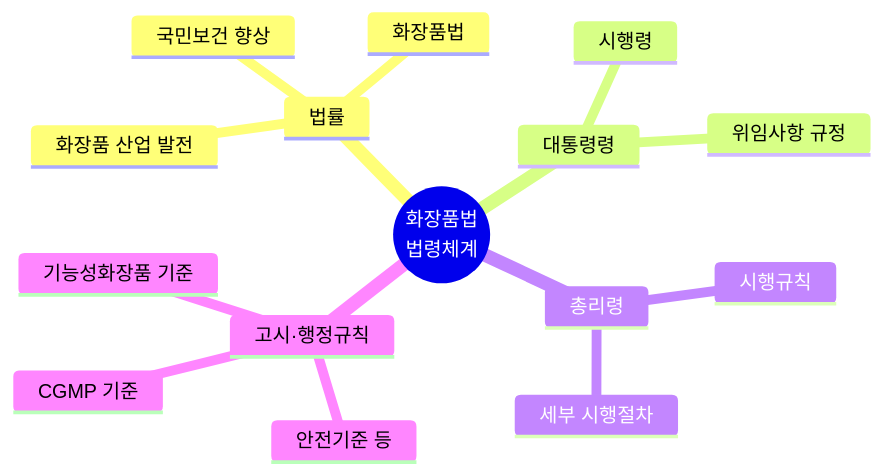
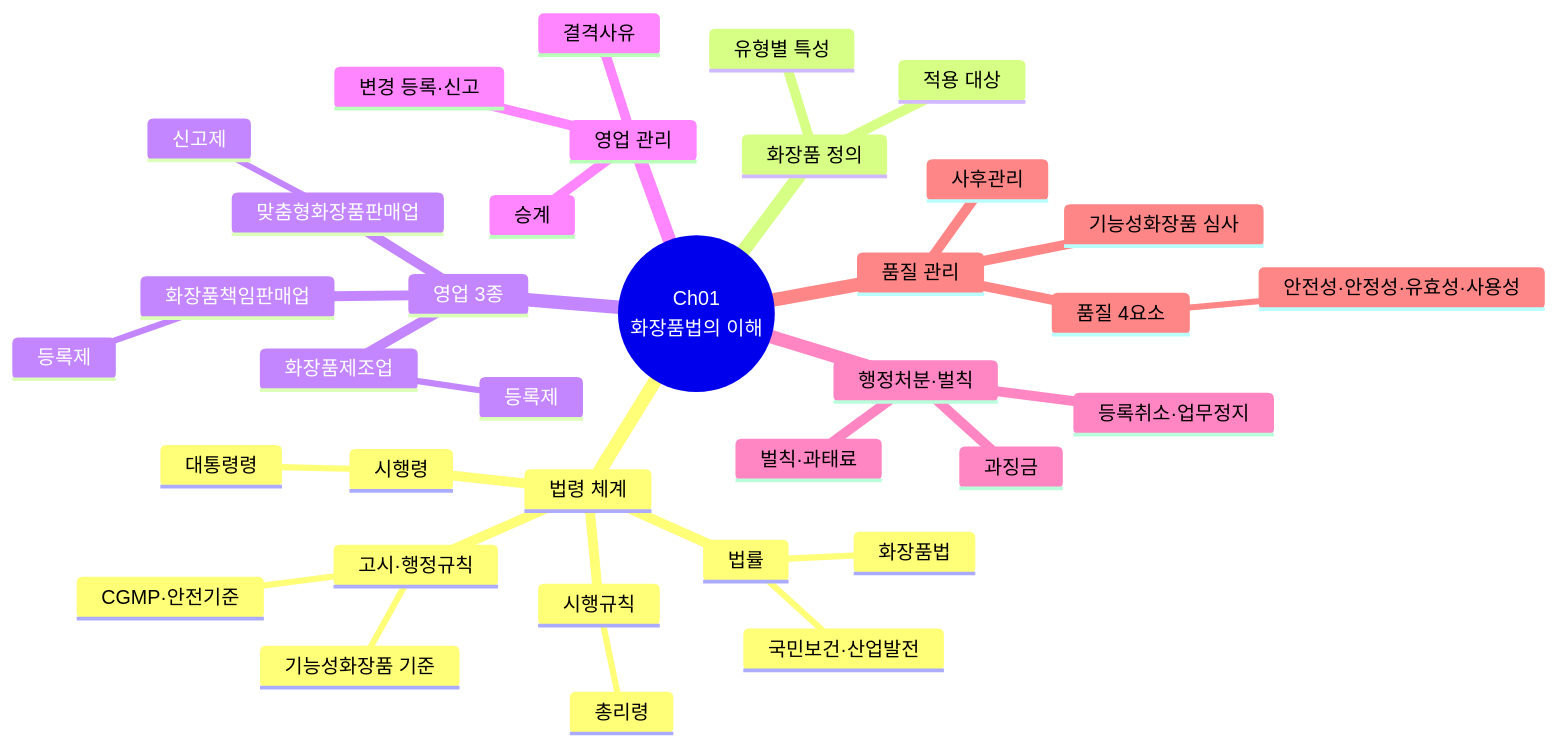
Before and after one commit to skygoldlee-cyber/Personalized_Skincare: the seventh of 21 diagrams in content/교재/law/1과목_화장품법의이해_표준형.md, drawn with Mermaid. The commit also changed other lines of this file and 19 other files, not shown here.

````diff
--- a/content/교재/law/1과목_화장품법의이해_표준형.md
+++ b/content/교재/law/1과목_화장품법의이해_표준형.md
@@ -471,18 +473,38 @@
 ```mermaid
 mindmap
- root((화장품법<br/>법령체계))
-  법률
-   화장품법
-   국민보건 향상
-   화장품 산업 발전
-  대통령령
+ root((Ch01<br/>화장품법의 이해))
+  법령 체계
+   법률
+    화장품법
+    국민보건·산업발전
    시행령
-   위임사항 규정
-  총리령
+    대통령령
    시행규칙
-   세부 시행절차
-  고시·행정규칙
-   기능성화장품 기준
-   CGMP 기준
-   안전기준 등
+    총리령
+   고시·행정규칙
+    기능성화장품 기준
+    CGMP·안전기준
+  화장품 정의
+   적용 대상
+   유형별 특성
+  영업 3종
+   화장품제조업
+    등록제
+   화장품책임판매업
+    등록제
+   맞춤형화장품판매업
+    신고제
+  영업 관리
+   결격사유
+   변경 등록·신고
+   승계
+  행정처분·벌칙
+   등록취소·업무정지
+   과징금
+   벌칙·과태료
+  품질 관리
+   품질 4요소
+    안전성·안정성·유효성·사용성
+   기능성화장품 심사
+   사후관리
 ```
````
